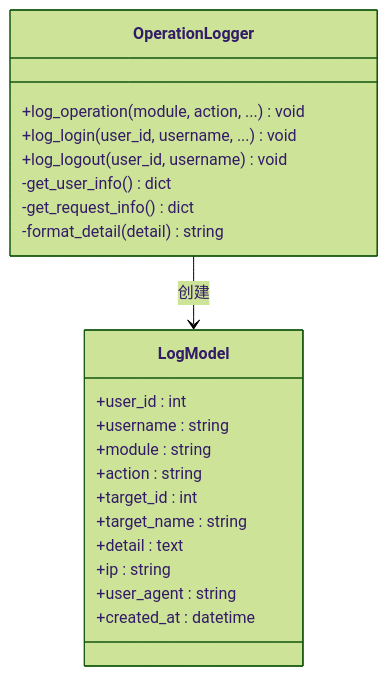
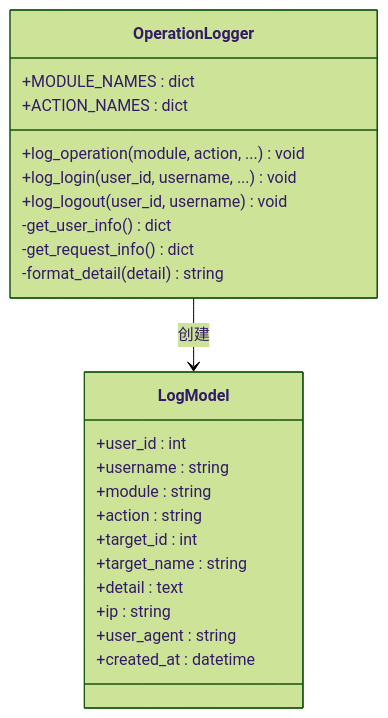
One commit to ismine3/OPS changed the fifth of 9 diagrams in .qoder/repowiki/zh/content/核心功能模块/操作日志管理模块.md. Above: the diagram before and after it, drawn with Mermaid (forest theme). The commit also changed other lines of this file and 5 other files, not shown here.

````diff
--- a/.qoder/repowiki/zh/content/核心功能模块/操作日志管理模块.md
+++ b/.qoder/repowiki/zh/content/核心功能模块/操作日志管理模块.md
@@ -188,24 +213,26 @@
 ```mermaid
 classDiagram
 class OperationLogger {
 +log_operation(module, action, ...) void
 +log_login(user_id, username, ...) void
 +log_logout(user_id, username) void
 -get_user_info() dict
 -get_request_info() dict
 -format_detail(detail) string
++MODULE_NAMES : dict
++ACTION_NAMES : dict
 }
 class LogModel {
 +user_id : int
 +username : string
 +module : string
 +action : string
 +target_id : int
 +target_name : string
 +detail : text
 +ip : string
 +user_agent : string
 +created_at : datetime
 }
 OperationLogger --> LogModel : 创建
 ```
````
